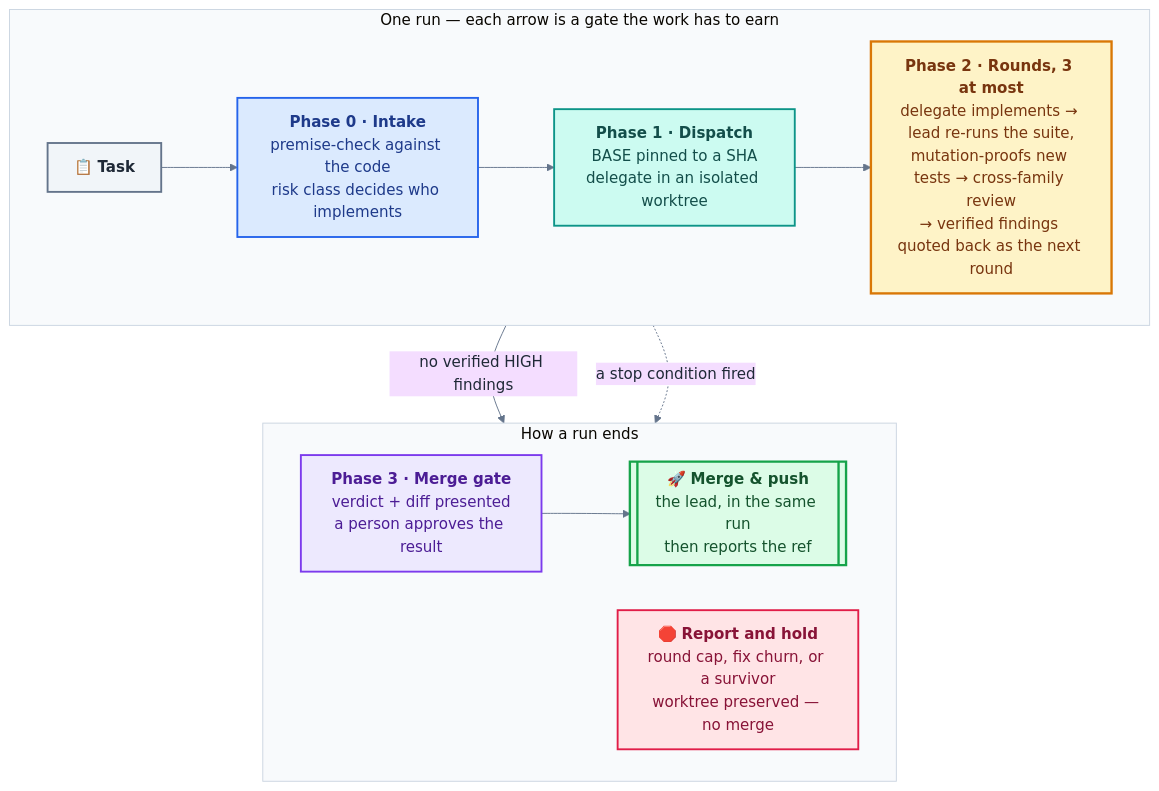
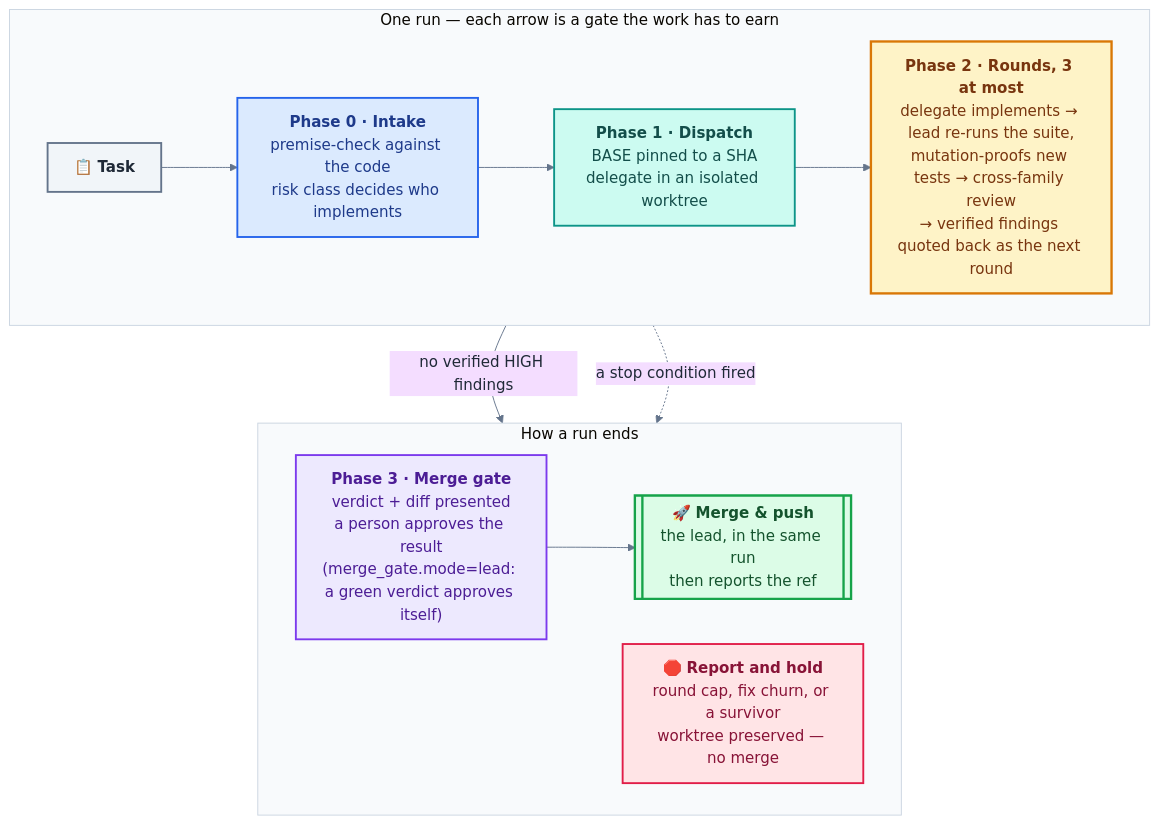
One commit to aarontzeng/dev-lead changed the second of 2 diagrams in README.md. Above: the diagram before and after it, drawn with Mermaid. The commit also changed other lines of this file and 7 other files, not shown here.

````diff
--- a/README.md
+++ b/README.md
@@ -162,38 +162,38 @@
 ```mermaid
 %%{init: {"theme": "base", "themeVariables": {"fontFamily": "ui-sans-serif, system-ui, sans-serif", "fontSize": "16px", "primaryTextColor": "#1f2937", "lineColor": "#64748b", "clusterBkg": "#f8fafc", "clusterBorder": "#cbd5e1"}, "flowchart": {"nodeSpacing": 48, "rankSpacing": 56, "padding": 14, "htmlLabels": true}}}%%
 flowchart TB
     subgraph RUN["One run — each arrow is a gate the work has to earn"]
         direction LR
         T["📋 <b>Task</b>"]
         P0["<b>Phase 0 · Intake</b><br/>premise-check against the code<br/>risk class decides who implements"]
         P1["<b>Phase 1 · Dispatch</b><br/>BASE pinned to a SHA<br/>delegate in an isolated worktree"]
         P2["<b>Phase 2 · Rounds, 3 at most</b><br/>delegate implements → lead re-runs the suite,<br/>mutation-proofs new tests → cross-family review<br/>→ verified findings quoted back as the next round"]
         T --> P0 --> P1 --> P2
     end
 
     subgraph END["How a run ends"]
         direction LR
-        M["<b>Phase 3 · Merge gate</b><br/>verdict + diff presented<br/>a person approves the result"]
+        M["<b>Phase 3 · Merge gate</b><br/>verdict + diff presented<br/>a person approves the result<br/>(merge_gate.mode=lead: a green verdict approves itself)"]
         F[["🚀 <b>Merge & push</b><br/>the lead, in the same run<br/>then reports the ref"]]
         H["🛑 <b>Report and hold</b><br/>round cap, fix churn, or a survivor<br/>worktree preserved — no merge"]
         M --> F
     end
 
     P2 -->|"no verified HIGH findings"| M
     P2 -.->|"a stop condition fired"| H
 
     classDef task fill:#f1f5f9,stroke:#64748b,stroke-width:2px,color:#1f2937
     classDef intake fill:#dbeafe,stroke:#2563eb,stroke-width:2px,color:#1e3a8a
     classDef dispatch fill:#ccfbf1,stroke:#0d9488,stroke-width:2px,color:#134e4a
     classDef rounds fill:#fef3c7,stroke:#d97706,stroke-width:2.5px,color:#78350f
     classDef gate fill:#ede9fe,stroke:#7c3aed,stroke-width:2px,color:#4c1d95
     classDef push fill:#dcfce7,stroke:#16a34a,stroke-width:2.5px,color:#14532d
     classDef hold fill:#ffe4e6,stroke:#e11d48,stroke-width:2px,color:#881337
     class T task
     class P0 intake
     class P1 dispatch
     class P2 rounds
     class M gate
     class F push
     class H hold
 ```
````
